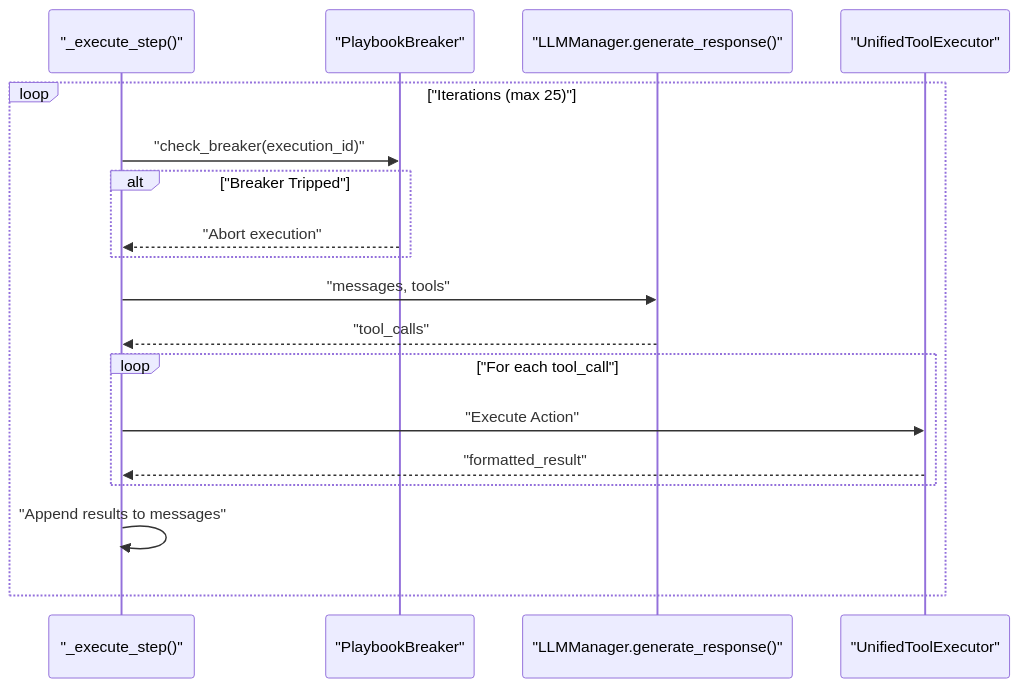
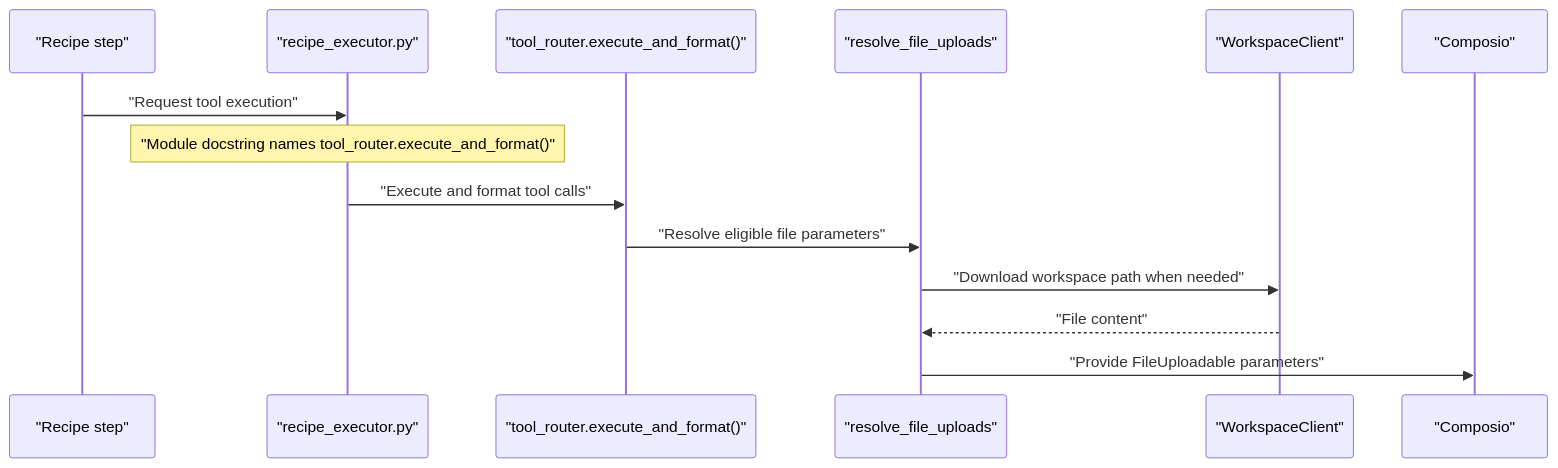
One commit to AutomatosAI/automatos-ai changed the second of 3 diagrams in docs/workflows-recipes/recipe-execution-engine.md. Above: the diagram before and after it, drawn with Mermaid. The commit also changed other lines of this file and 188 other files, not shown here.

First line of the commit message:
docs: refresh architecture docs and add coverage for new subsystems (#1416)

````diff
--- a/docs/workflows-recipes/recipe-execution-engine.md
+++ b/docs/workflows-recipes/recipe-execution-engine.md
@@ -160,23 +149,17 @@
 ```mermaid
 sequenceDiagram
-    participant Step as "_execute_step()"
-    participant Breaker as "PlaybookBreaker"
-    participant LLM as "LLMManager.generate_response()"
-    participant Router as "UnifiedToolExecutor"
+    participant RecipeStep as "Recipe step"
+    participant RecipeExecutor as "recipe_executor.py"
+    participant ToolRouter as "tool_router.execute_and_format()"
+    participant UploadResolver as "resolve_file_uploads"
+    participant WorkspaceClient as "WorkspaceClient"
+    participant Composio as "Composio"
 
-    loop "Iterations (max 25)"
-        Step->>Breaker: "check_breaker(execution_id)"
-        alt "Breaker Tripped"
-            Breaker-->>Step: "Abort execution"
-        end
-        Step->>LLM: "messages, tools"
-        LLM-->>Step: "tool_calls"
-        
-        loop "For each tool_call"
-            Step->>Router: "Execute Action"
-            Router-->>Step: "formatted_result"
-        end
-        
-        Step->>Step: "Append results to messages"
-    end
+    RecipeStep->>RecipeExecutor: "Request tool execution"
+    Note over RecipeExecutor: "Module docstring names tool_router.execute_and_format()"
+    RecipeExecutor->>ToolRouter: "Execute and format tool calls"
+    ToolRouter->>UploadResolver: "Resolve eligible file parameters"
+    UploadResolver->>WorkspaceClient: "Download workspace path when needed"
+    WorkspaceClient-->>UploadResolver: "File content"
+    UploadResolver->>Composio: "Provide FileUploadable parameters"
 ```
````
